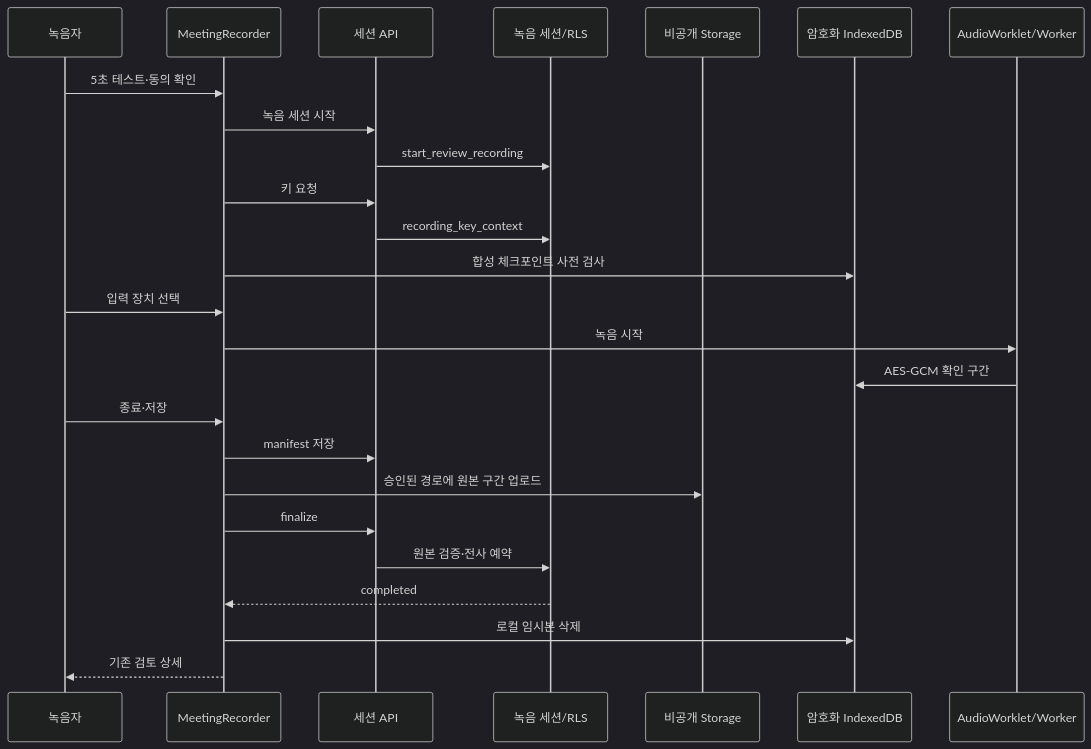
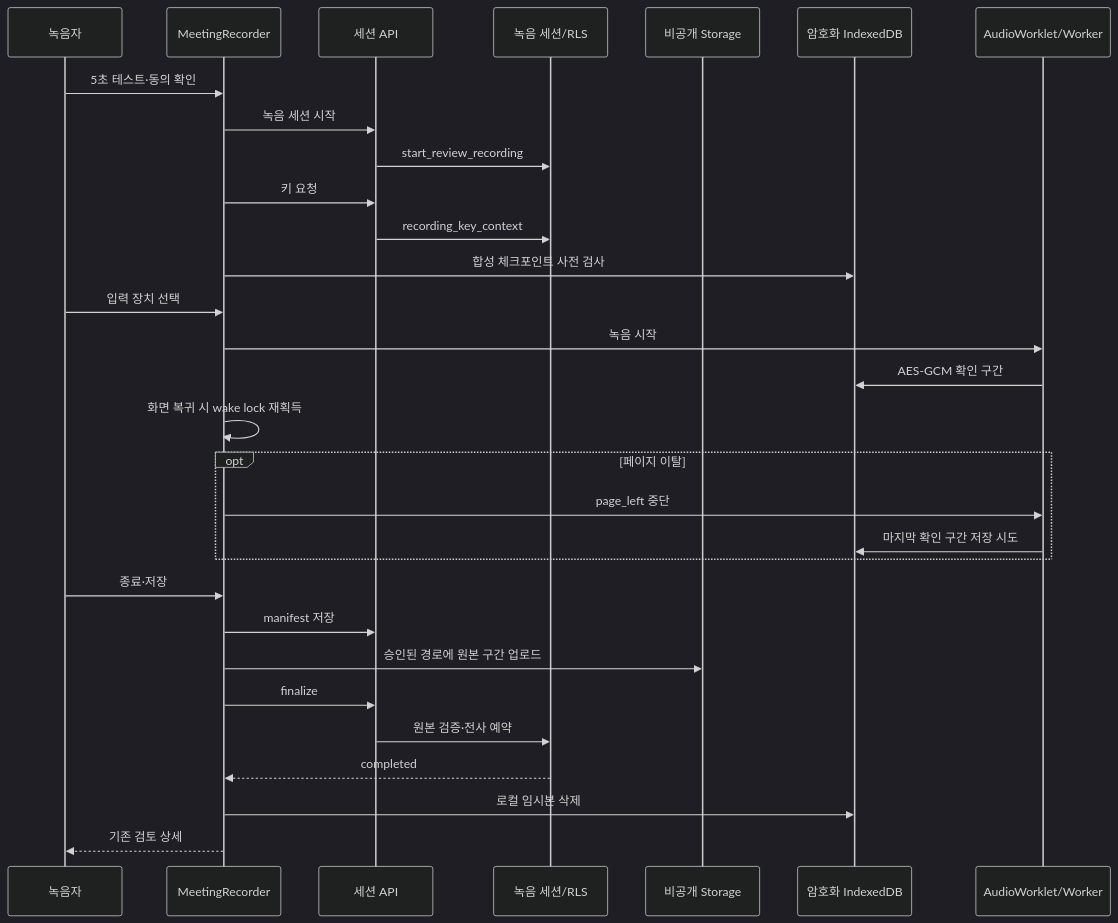
One commit to jooho1003/sasu changed the diagram in docs/verification/browser-meeting-recording/step2.md. Above: the diagram before and after it, drawn with Mermaid (dark theme). The commit also changed other lines of this file and 61 other files, not shown here.

````diff
--- a/docs/verification/browser-meeting-recording/step2.md
+++ b/docs/verification/browser-meeting-recording/step2.md
@@ -18,27 +18,32 @@
 ```mermaid
 sequenceDiagram
   participant U as 녹음자
   participant UI as MeetingRecorder
   participant API as 세션 API
   participant DB as 녹음 세션/RLS
   participant Storage as 비공개 Storage
   participant Local as 암호화 IndexedDB
   participant Capture as AudioWorklet/Worker
   U->>UI: 5초 테스트·동의 확인
   UI->>API: 녹음 세션 시작
   API->>DB: start_review_recording
   UI->>API: 키 요청
   API->>DB: recording_key_context
   UI->>Local: 합성 체크포인트 사전 검사
   U->>UI: 입력 장치 선택
   UI->>Capture: 녹음 시작
   Capture->>Local: AES-GCM 확인 구간
+  UI->>UI: 화면 복귀 시 wake lock 재획득
+  opt 페이지 이탈
+    UI->>Capture: page_left 중단
+    Capture->>Local: 마지막 확인 구간 저장 시도
+  end
   U->>UI: 종료·저장
   UI->>API: manifest 저장
   UI->>Storage: 승인된 경로에 원본 구간 업로드
   UI->>API: finalize
   API->>DB: 원본 검증·전사 예약
   DB-->>UI: completed
   UI->>Local: 로컬 임시본 삭제
   UI-->>U: 기존 검토 상세
 ```
````
